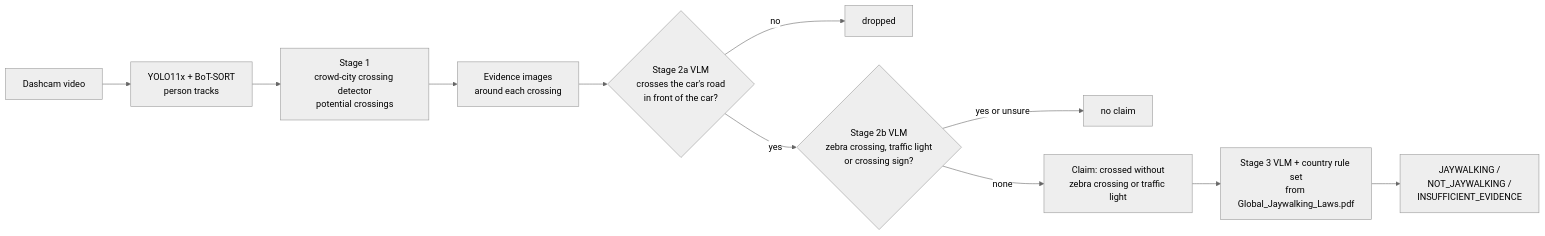
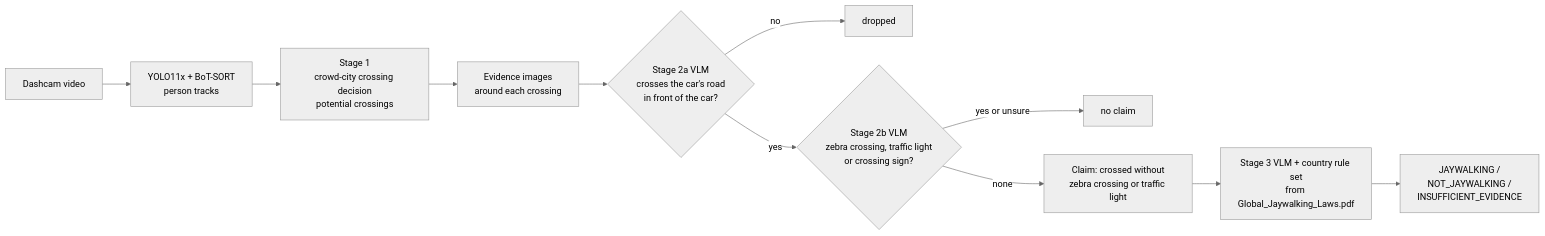
One commit to crowd-dataset/crowd-jaywalking changed the diagram in README.md. Above: the diagram before and after it, drawn with Mermaid (neutral theme). The commit also changed other lines of this file and 7 other files, not shown here.

First line of the commit message:
Document stage 1 as crowd-city's decision, add its JAAD evaluation and figures

````diff
--- a/README.md
+++ b/README.md
@@ -27,13 +27,13 @@
 ```mermaid
 flowchart LR
     V[Dashcam video] --> T[YOLO11x + BoT-SORT<br/>person tracks]
-    T --> S1[Stage 1<br/>crowd-city crossing detector<br/>potential crossings]
+    T --> S1[Stage 1<br/>crowd-city crossing decision<br/>potential crossings]
     S1 --> E[Evidence images<br/>around each crossing]
     E --> C{Stage 2a VLM<br/>crosses the car's road<br/>in front of the car?}
     C -- no --> X1[dropped]
     C -- yes --> I{Stage 2b VLM<br/>zebra crossing, traffic light<br/>or crossing sign?}
     I -- yes or unsure --> X2[no claim]
     I -- none --> CL[Claim: crossed without<br/>zebra crossing or traffic light]
     CL --> L[Stage 3 VLM + country rule set<br/>from Global_Jaywalking_Laws.pdf]
     L --> J[JAYWALKING /<br/>NOT_JAYWALKING /<br/>INSUFFICIENT_EVIDENCE]
 ```
````
